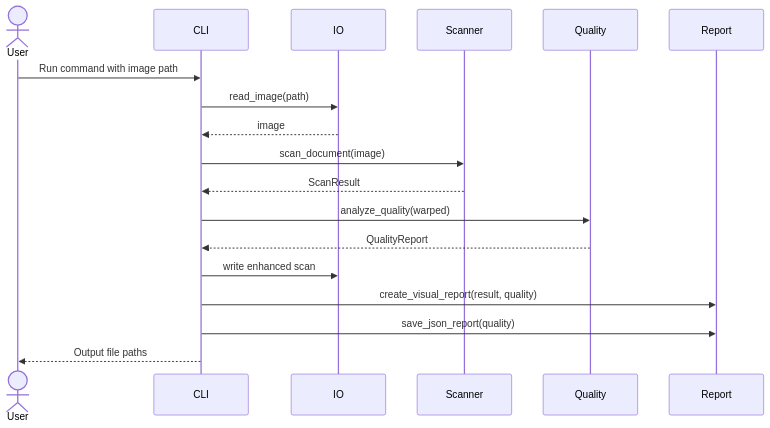
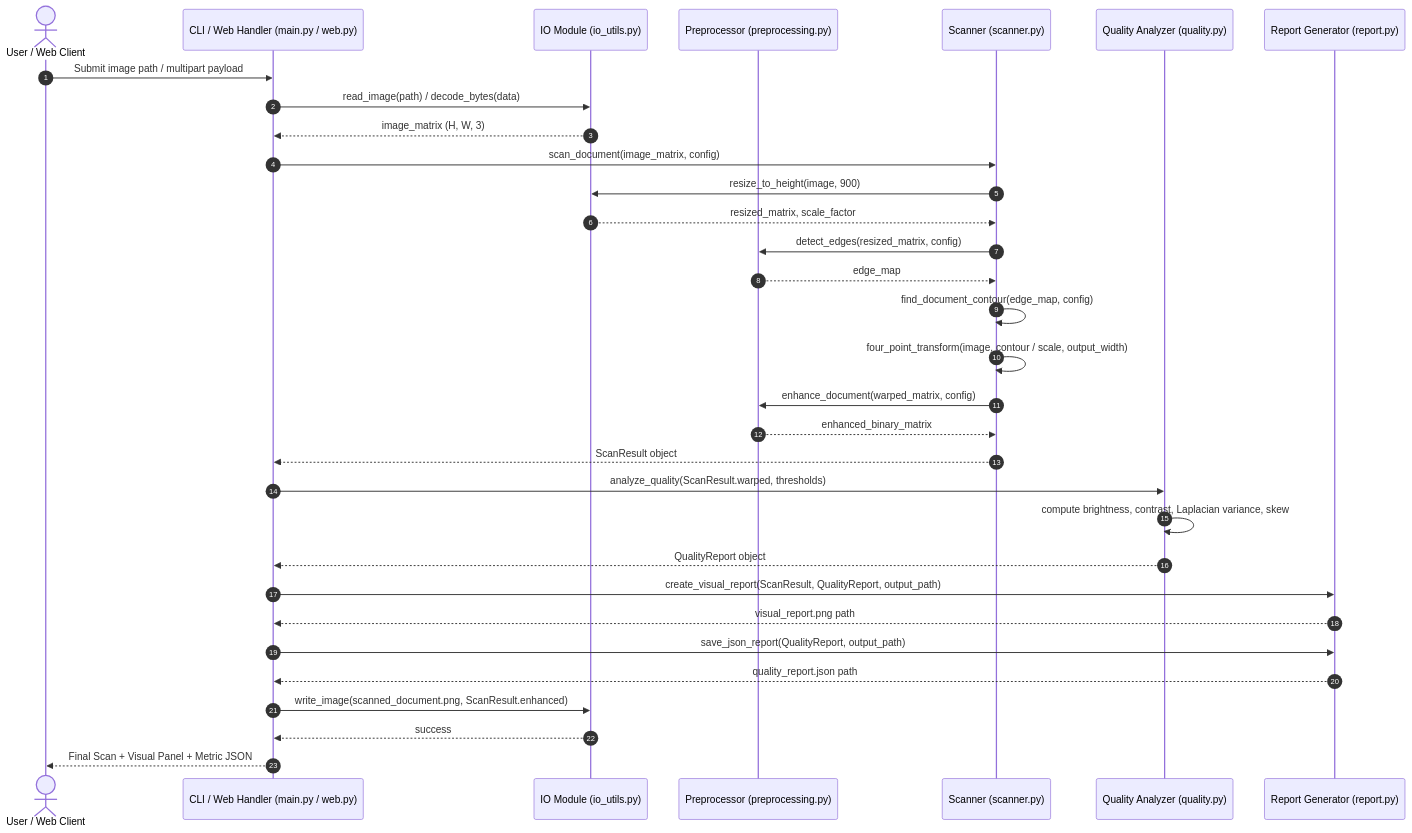
Before and after one commit to AbhiralJain07/Computer-Vision-24BAI10677: the diagram in docs/diagrams/sequence.md, drawn with Mermaid. The commit also changed other lines of this file and 13 other files, not shown here.

````diff
--- a/docs/diagrams/sequence.md
+++ b/docs/diagrams/sequence.md
@@ -3,21 +3,39 @@
 ```mermaid
 sequenceDiagram
-    actor User
-    participant CLI
-    participant IO
-    participant Scanner
-    participant Quality
-    participant Report
+    autonumber
+    actor Client as User / Web Client
+    participant Controller as CLI / Web Handler (main.py / web.py)
+    participant IO as IO Module (io_utils.py)
+    participant Pre as Preprocessor (preprocessing.py)
+    participant Scan as Scanner (scanner.py)
+    participant Quality as Quality Analyzer (quality.py)
+    participant Report as Report Generator (report.py)
 
-    User->>CLI: Run command with image path
-    CLI->>IO: read_image(path)
-    IO-->>CLI: image
-    CLI->>Scanner: scan_document(image)
-    Scanner-->>CLI: ScanResult
-    CLI->>Quality: analyze_quality(warped)
-    Quality-->>CLI: QualityReport
-    CLI->>IO: write enhanced scan
-    CLI->>Report: create_visual_report(result, quality)
-    CLI->>Report: save_json_report(quality)
-    CLI-->>User: Output file paths
+    Client->>Controller: Submit image path / multipart payload
+    Controller->>IO: read_image(path) / decode_bytes(data)
+    IO-->>Controller: image_matrix (H, W, 3)
+    
+    Controller->>Scan: scan_document(image_matrix, config)
+    Scan->>IO: resize_to_height(image, 900)
+    IO-->>Scan: resized_matrix, scale_factor
+    Scan->>Pre: detect_edges(resized_matrix, config)
+    Pre-->>Scan: edge_map
+    Scan->>Scan: find_document_contour(edge_map, config)
+    Scan->>Scan: four_point_transform(image, contour / scale, output_width)
+    Scan->>Pre: enhance_document(warped_matrix, config)
+    Pre-->>Scan: enhanced_binary_matrix
+    Scan-->>Controller: ScanResult object
+    
+    Controller->>Quality: analyze_quality(ScanResult.warped, thresholds)
+    Quality->>Quality: compute brightness, contrast, Laplacian variance, skew
+    Quality-->>Controller: QualityReport object
+    
+    Controller->>Report: create_visual_report(ScanResult, QualityReport, output_path)
+    Report-->>Controller: visual_report.png path
+    Controller->>Report: save_json_report(QualityReport, output_path)
+    Report-->>Controller: quality_report.json path
+    Controller->>IO: write_image(scanned_document.png, ScanResult.enhanced)
+    IO-->>Controller: success
+    
+    Controller-->>Client: Final Scan + Visual Panel + Metric JSON
 ```
````
